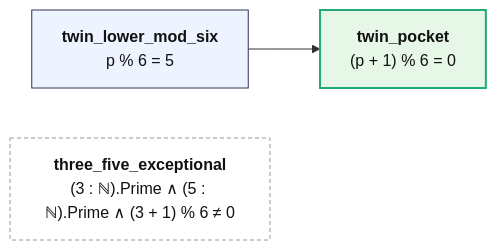
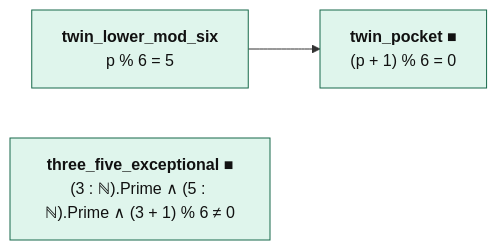
One commit to juliansambranojr/Primebeat_081426 changed the diagram in map/lean/TwinLattice.md. Above: the diagram before and after it, drawn with Mermaid. The commit also changed other lines of this file and 398 other files, not shown here.

````diff
--- a/map/lean/TwinLattice.md
+++ b/map/lean/TwinLattice.md
@@ -12,12 +12,15 @@
 ```mermaid
 flowchart LR
-  n0["<b>twin_lower_mod_six</b><br/>p % 6 = 5"]:::thm
-  n1["<b>twin_pocket</b><br/>(p + 1) % 6 = 0"]:::end_
-  n2["<b>three_five_exceptional</b><br/>(3 : ℕ).Prime ∧ (5 : ℕ).Prime ∧ (3 + 1) % 6 ≠ 0"]:::lone
+  n0["<b>twin_lower_mod_six</b><br/>p % 6 = 5"]:::cnt
+  n1["<b>twin_pocket ■</b><br/>(p + 1) % 6 = 0"]:::cnt
+  n2["<b>three_five_exceptional ■</b><br/>(3 : ℕ).Prime ∧ (5 : ℕ).Prime ∧ (3 + 1) % 6 ≠ 0"]:::cnt
   n0 --> n1
+  classDef cnt fill:#dff5ec,stroke:#17694a,color:#111
+  classDef shp fill:#f1ecfb,stroke:#5b3fa0,color:#111
+  classDef rh fill:#ffe5e5,stroke:#c22,color:#111,stroke-width:2px
   classDef thm fill:#eef4ff,stroke:#335,color:#111
   classDef end_ fill:#e7f7e7,stroke:#2a7,color:#111,stroke-width:2px
   classDef lone fill:#fff,stroke:#999,color:#111,stroke-dasharray:4 3
   classDef bad fill:#ffe5e5,stroke:#c22,color:#111,stroke-width:2px
   classDef ext fill:#fff8e1,stroke:#b80,color:#111
 ```
````
